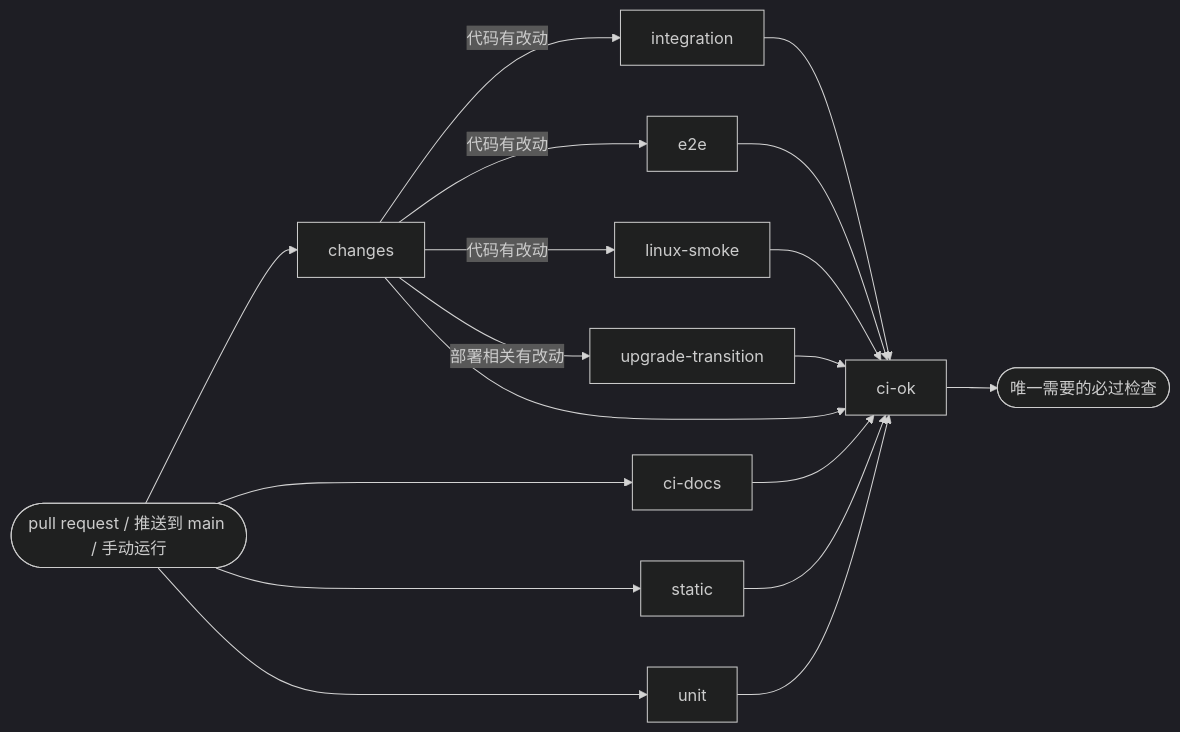
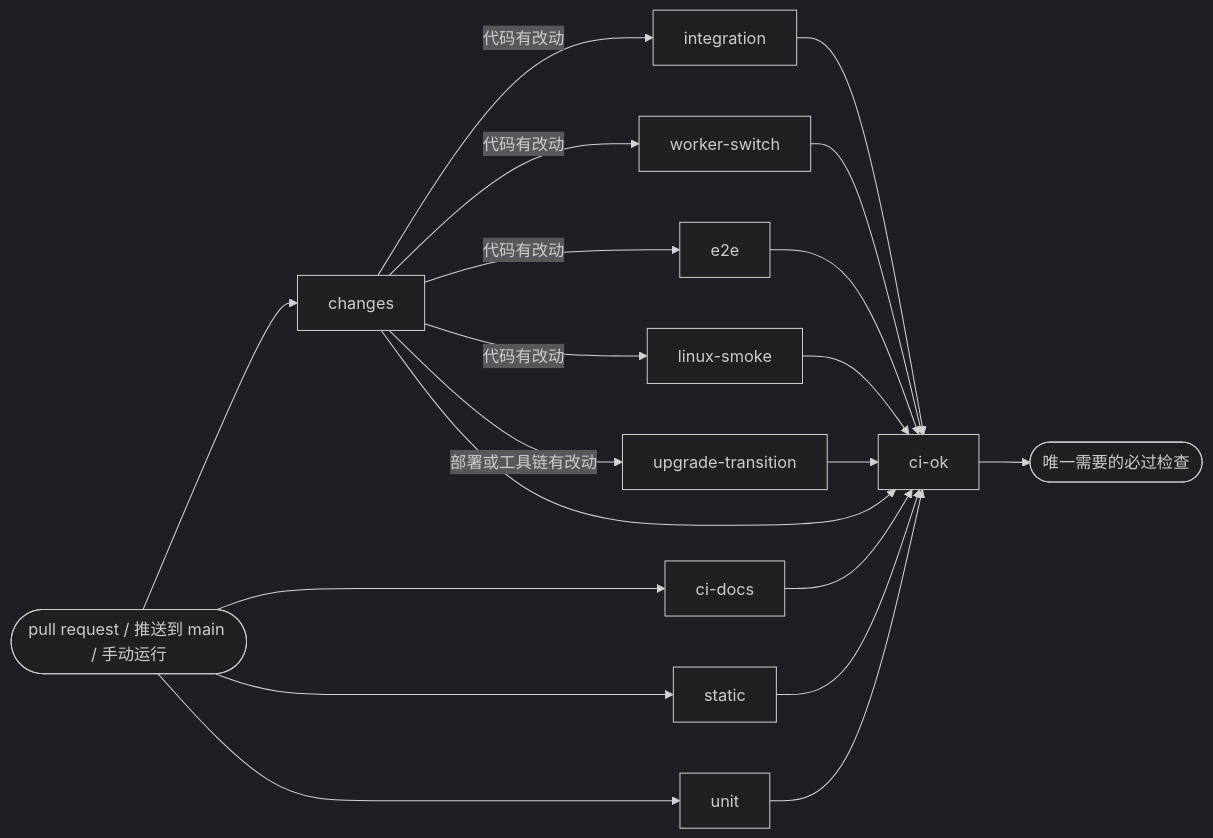
One commit to Joevonlong/job-radar changed the diagram in docs/ci.zh.md. Above: the diagram before and after it, drawn with Mermaid (dark theme). The commit also changed other lines of this file and 8 other files, not shown here.

First line of the commit message:
ci: run worker switch and upgrade transition as parallel shards (#87)

````diff
--- a/docs/ci.zh.md
+++ b/docs/ci.zh.md
@@ -13,20 +13,22 @@
 ```mermaid
 flowchart LR
   PR([pull request / 推送到 main / 手动运行]) --> changes
   PR --> ci-docs
   PR --> static
   PR --> unit
   changes -- 代码有改动 --> integration
+  changes -- 代码有改动 --> worker-switch
   changes -- 代码有改动 --> e2e
   changes -- 代码有改动 --> linux-smoke
-  changes -- 部署相关有改动 --> upgrade-transition
+  changes -- 部署或工具链有改动 --> upgrade-transition
   changes --> ci-ok
   ci-docs --> ci-ok
   static --> ci-ok
   unit --> ci-ok
   integration --> ci-ok
+  worker-switch --> ci-ok
   e2e --> ci-ok
   linux-smoke --> ci-ok
   upgrade-transition --> ci-ok
   ci-ok --> merge([唯一需要的必过检查])
 ```
````
